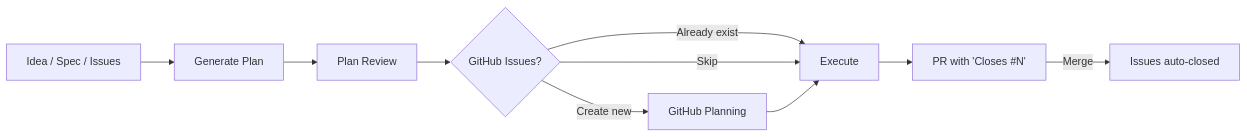
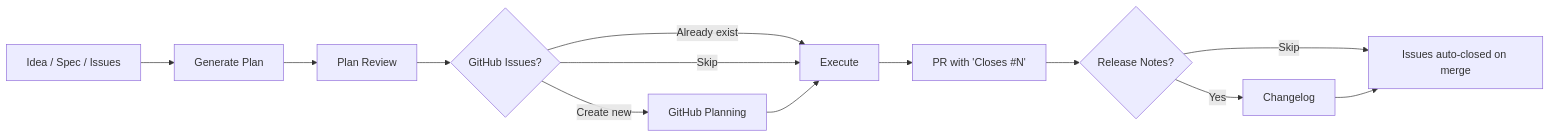
Before and after one commit to paixaop/my-claude-skills: the first of 2 diagrams in plugins/pmp/skills/pmp/references/overview.md, drawn with Mermaid. The commit also changed other lines of this file and 19 other files, not shown here.

````diff
--- a/plugins/pmp/skills/pmp/references/overview.md
+++ b/plugins/pmp/skills/pmp/references/overview.md
@@ -9,12 +9,15 @@
 ```mermaid
 graph LR
     A[Idea / Spec / Issues] --> B[Generate Plan]
     B --> C[Plan Review]
     C --> D{GitHub Issues?}
     D -->|Create new| E[GitHub Planning]
     D -->|Already exist| F[Execute]
     D -->|Skip| F
     E --> F
     F --> G[PR with 'Closes #N']
-    G -->|Merge| H[Issues auto-closed]
+    G --> I{Release Notes?}
+    I -->|Yes| J[Changelog]
+    I -->|Skip| H
+    J --> H[Issues auto-closed on merge]
 ```
````
